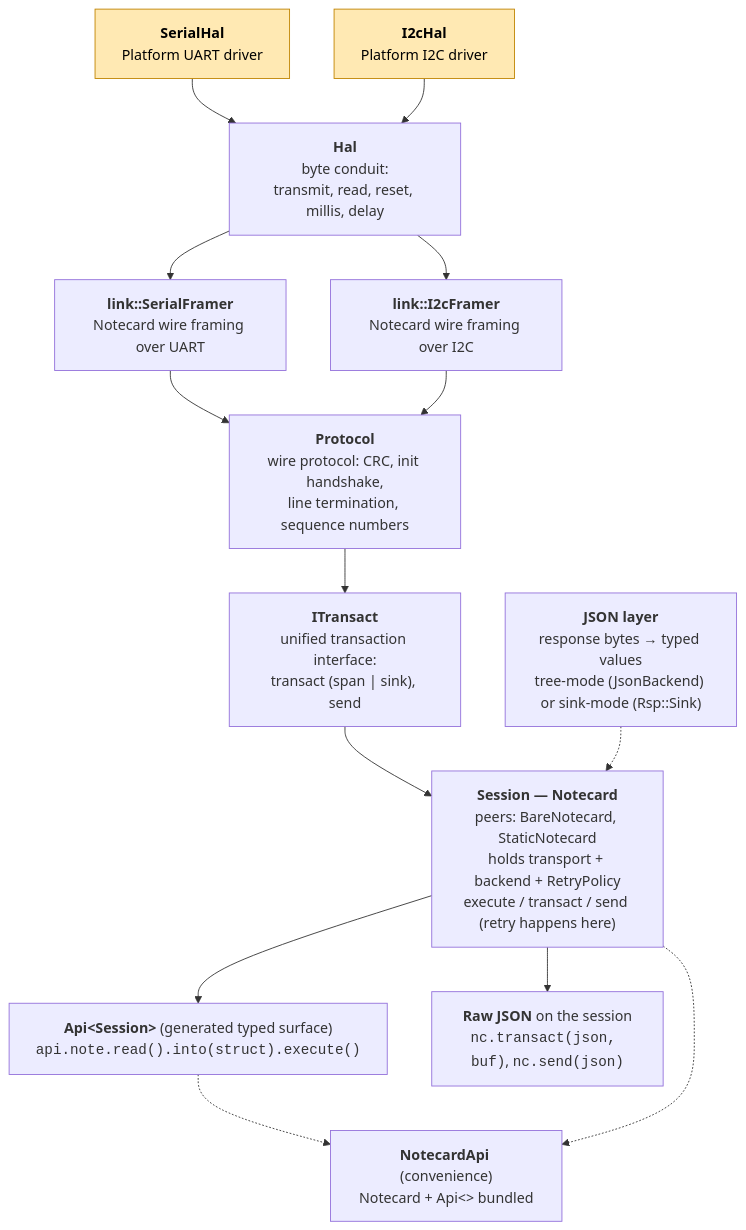
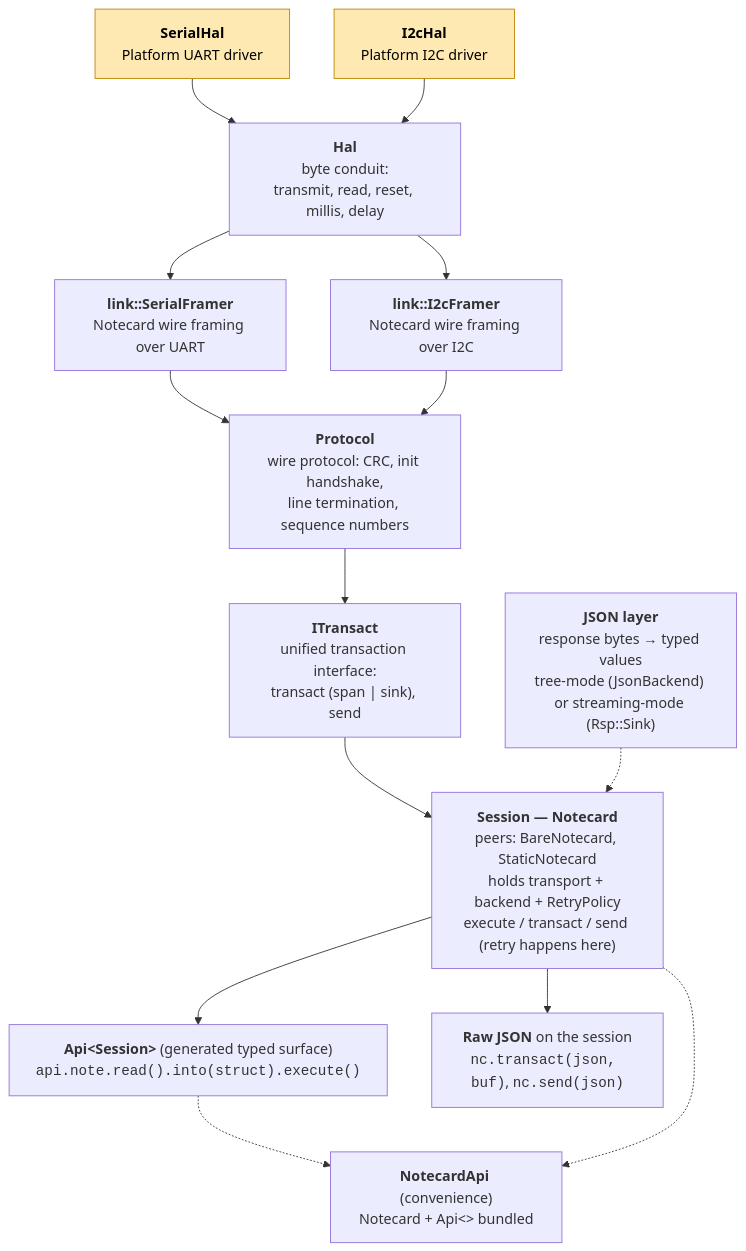
The diagram in docs/internal/streaming-transport.md (m-mcgowan/note-cpp), drawn with Mermaid before and after one commit. The commit also changed other lines of this file and 3 other files, not shown here.

First line of the commit message:
docs: Align internal docs and env-vars with new tree/streaming naming

````diff
--- a/docs/internal/streaming-transport.md
+++ b/docs/internal/streaming-transport.md
@@ -84,32 +84,32 @@
 ```mermaid
 flowchart TD
     Hal["<b>Hal</b><br/>byte conduit:<br/>transmit, read, reset, millis, delay"]
     NCSer["<b>link::SerialFramer</b><br/>Notecard wire framing over UART"]
     NCI2C["<b>link::I2cFramer</b><br/>Notecard wire framing over I2C"]
     Proto["<b>Protocol</b><br/>wire protocol: CRC, init handshake,<br/>line termination, sequence numbers"]
     ITrans["<b>ITransact</b><br/>unified transaction interface:<br/>transact (span | sink), send"]
-    JsonLayer["<b>JSON layer</b><br/>response bytes → typed values<br/>tree-mode (JsonBackend) or sink-mode (Rsp::Sink)"]
+    JsonLayer["<b>JSON layer</b><br/>response bytes → typed values<br/>tree-mode (JsonBackend) or streaming-mode (Rsp::Sink)"]
     Session["<b>Session — Notecard</b><br/>peers: BareNotecard, StaticNotecard<br/>holds transport + backend + RetryPolicy<br/>execute / transact / send (retry happens here)"]
     Api["<b>Api&lt;Session&gt;</b> (generated typed surface)<br/><code>api.note.read().into(struct).execute()</code>"]
     Raw["<b>Raw JSON</b> on the session<br/><code>nc.transact(json, buf)</code>, <code>nc.send(json)</code>"]
     Bundle["<b>NotecardApi</b> (convenience)<br/>Notecard + Api&lt;&gt; bundled"]
 
     SerialDriver["<b>SerialHal</b><br/>Platform UART driver"]
     I2CDriver["<b>I2cHal</b><br/>Platform I2C driver"]
 
     SerialDriver --> Hal
     I2CDriver --> Hal
     Hal --> NCSer & NCI2C
     NCSer --> Proto
     NCI2C --> Proto
     Proto --> ITrans
     ITrans --> Session
     JsonLayer -.-> Session
     Session --> Raw
     Session --> Api
     Api -.-> Bundle
     Session -.-> Bundle
 
     classDef user fill:#ffe9b3,stroke:#c08400,color:#000
     class SerialDriver,I2CDriver user
 ```
````
